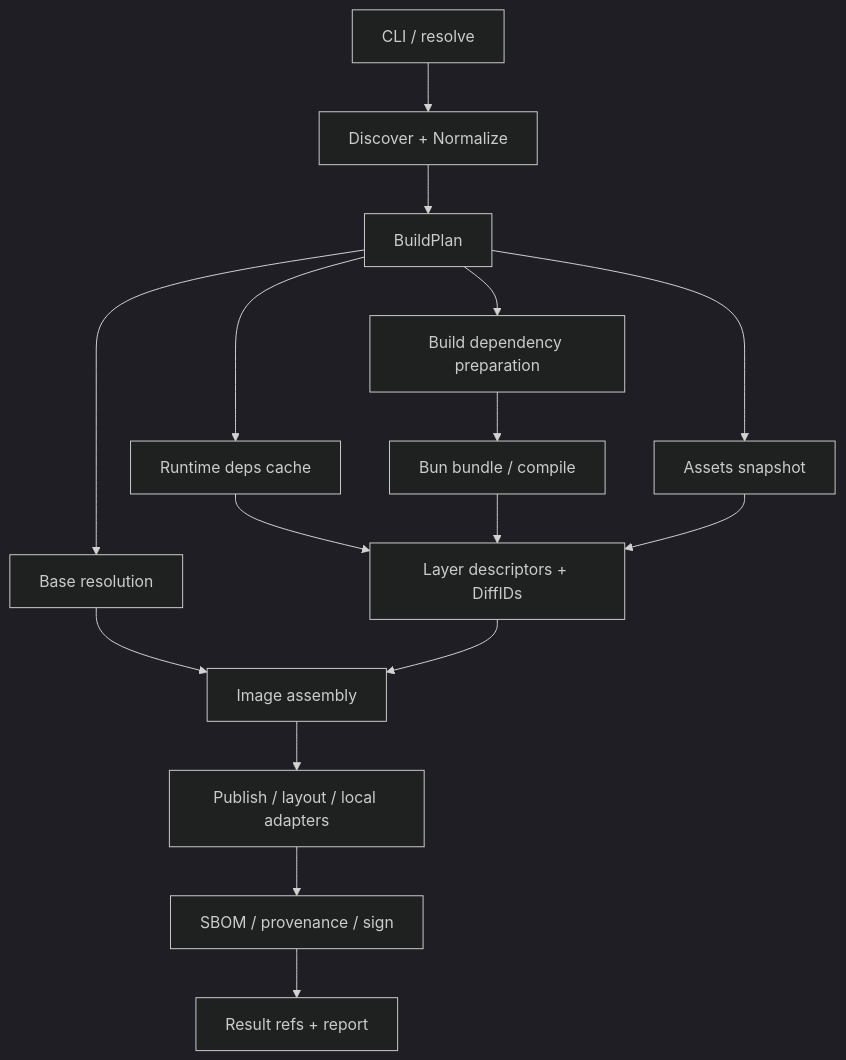
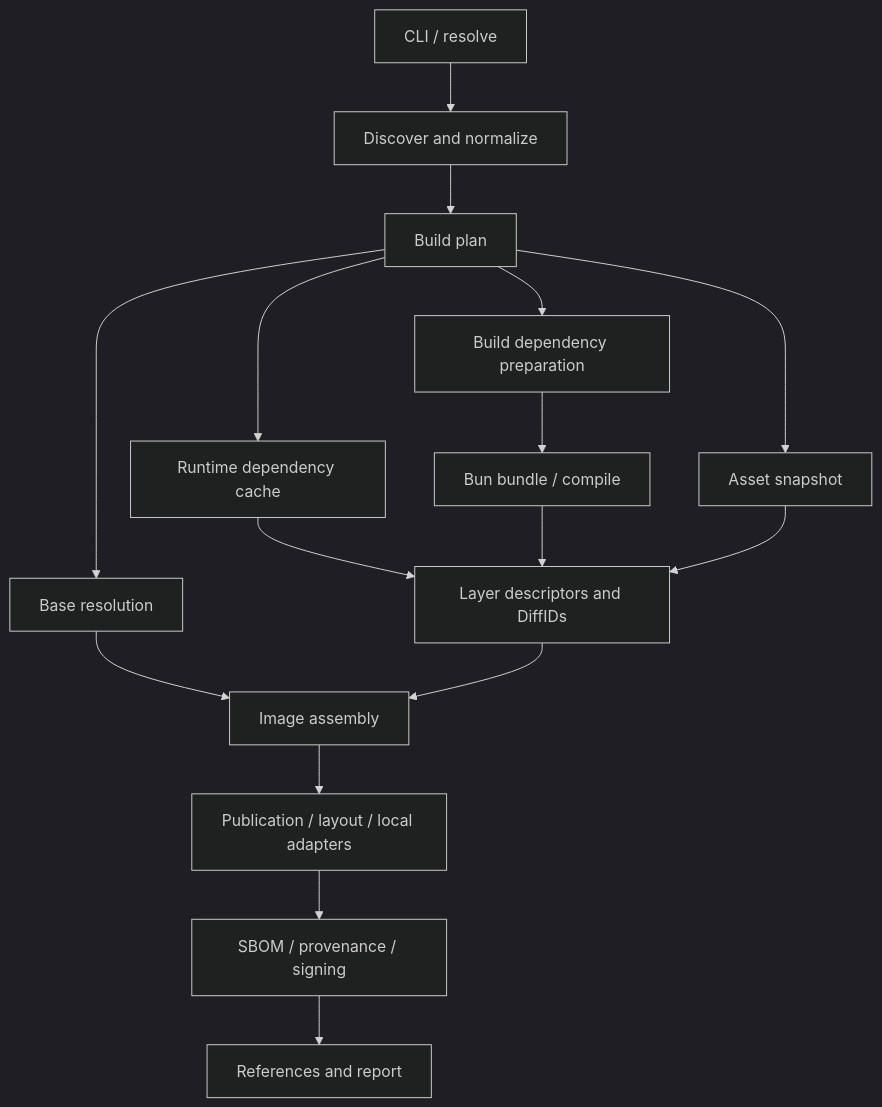
One commit to sakajunquality/bunko changed the diagram in docs/DESIGN.md. Above: the diagram before and after it, drawn with Mermaid (dark theme). The commit also changed other lines of this file and 6 other files, not shown here.

````diff
--- a/docs/DESIGN.md
+++ b/docs/DESIGN.md
@@ -132,18 +125,18 @@
 ```mermaid
 flowchart TD
-  A[CLI / resolve] --> B[Discover + Normalize]
-  B --> C[BuildPlan]
+  A[CLI / resolve] --> B[Discover and normalize]
+  B --> C[Build plan]
   C --> D[Build dependency preparation]
   C --> E[Base resolution]
-  C --> F[Runtime deps cache]
+  C --> F[Runtime dependency cache]
   D --> G[Bun bundle / compile]
-  C --> H[Assets snapshot]
-  F --> I[Layer descriptors + DiffIDs]
+  C --> H[Asset snapshot]
+  F --> I[Layer descriptors and DiffIDs]
   G --> I
   H --> I
   E --> J[Image assembly]
   I --> J
-  J --> K[Publish / layout / local adapters]
-  K --> L[SBOM / provenance / sign]
-  L --> M[Result refs + report]
+  J --> K[Publication / layout / local adapters]
+  K --> L[SBOM / provenance / signing]
+  L --> M[References and report]
 ```
````
